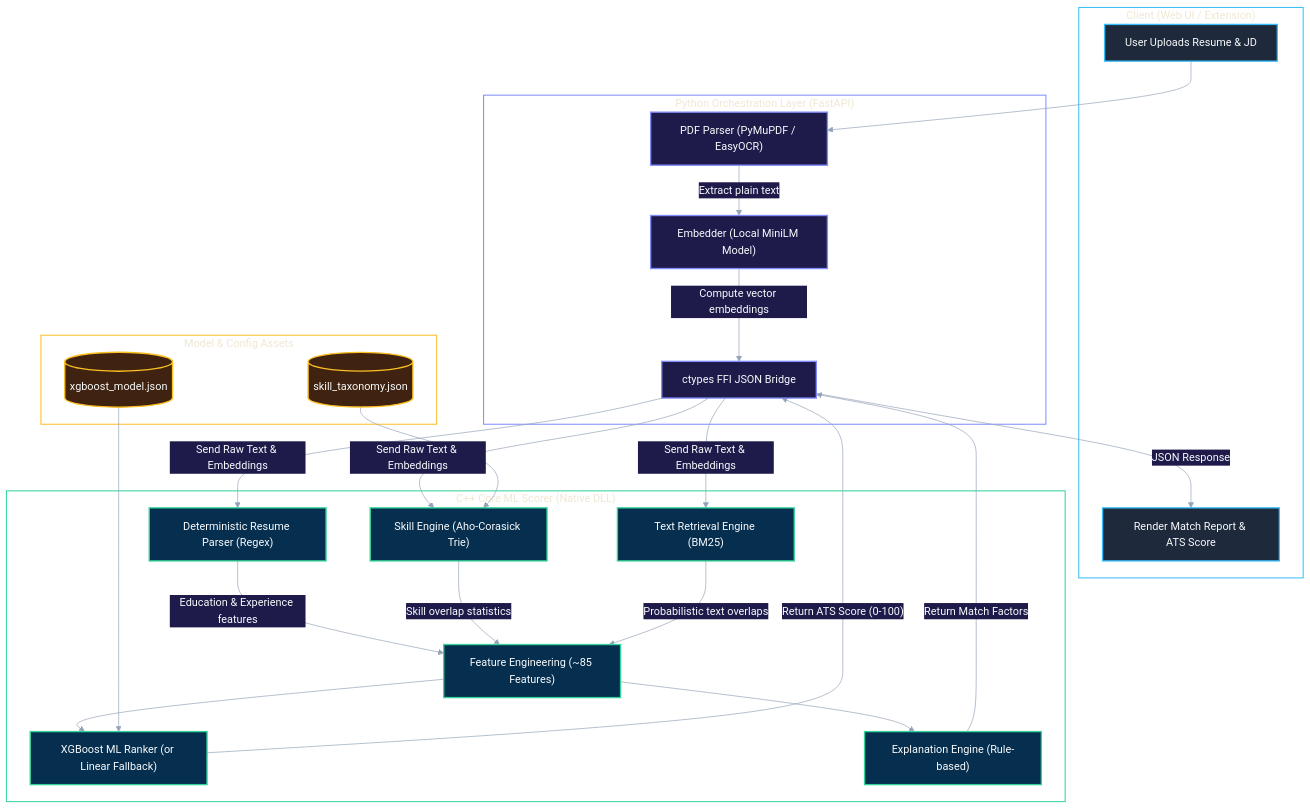
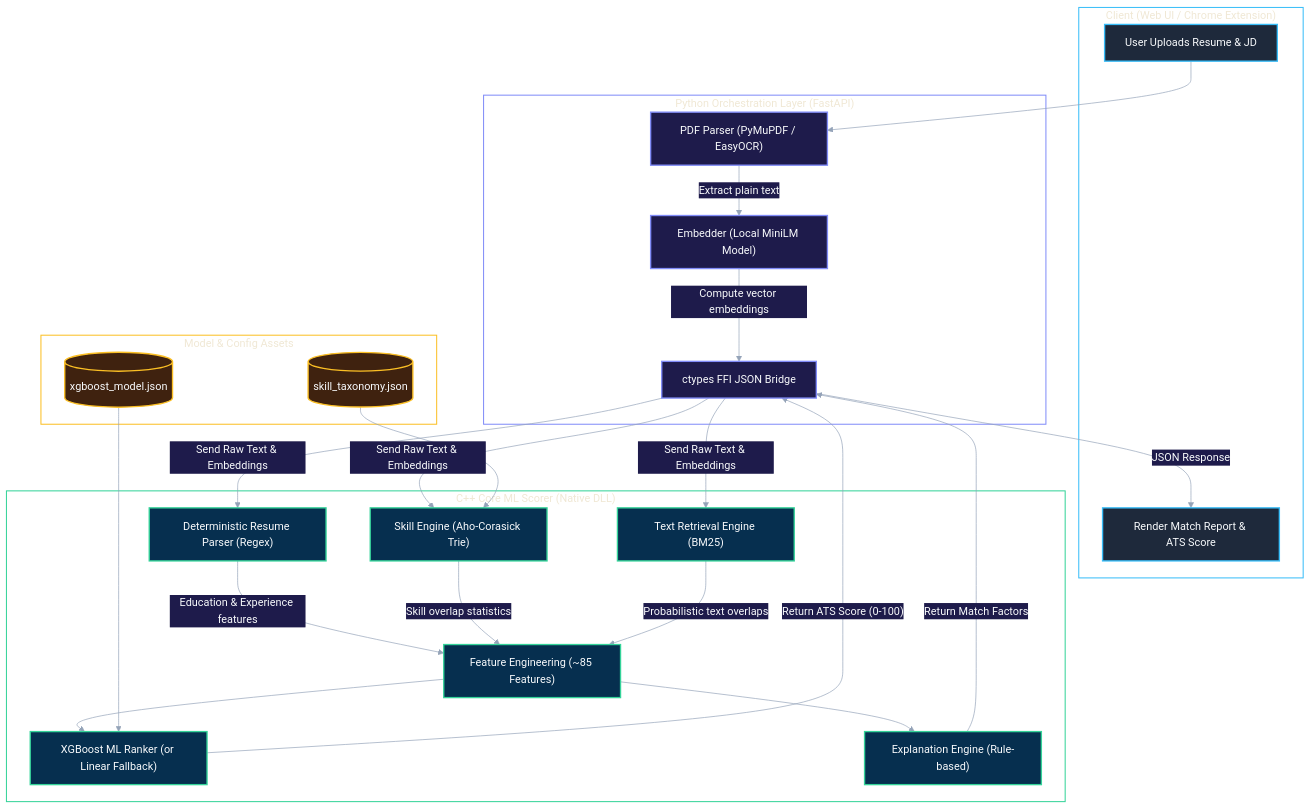
The first of 4 diagrams in README.md (AnshumanJ28/talentmatch-ai), drawn with Mermaid before and after one commit. The commit also changed other lines of this file, not shown here.

````diff
--- a/README.md
+++ b/README.md
@@ -47,77 +78,75 @@
 ```mermaid
 %%{init: {'theme': 'base', 'themeVariables': {
     'primaryColor': '#1e293b',
     'primaryTextColor': '#f8fafc',
     'primaryBorderColor': '#38bdf8',
     'lineColor': '#94a3b8',
     'secondaryColor': '#1e1b4b',
     'tertiaryColor': '#0f172a',
     'background': 'transparent',
     'mainBkg': '#1e293b',
     'clusterBkg': 'transparent',
     'clusterBorder': '#475569'
 }}}%%
 graph TD
-    %% Style Definitions
     classDef client fill:#1e293b,stroke:#38bdf8,stroke-width:2px,color:#f8fafc;
     classDef python fill:#1e1b4b,stroke:#818cf8,stroke-width:2px,color:#f8fafc;
     classDef cpp fill:#062f4f,stroke:#34d399,stroke-width:2px,color:#f8fafc;
     classDef data fill:#3f220f,stroke:#fbbf24,stroke-width:2px,color:#f8fafc;
 
-    subgraph Client ["Client (Web UI / Extension)"]
+    subgraph Client ["Client (Web UI / Chrome Extension)"]
         A["User Uploads Resume & JD"]:::client
         H["Render Match Report & ATS Score"]:::client
     end
 
     subgraph Python ["Python Orchestration Layer (FastAPI)"]
         B["PDF Parser (PyMuPDF / EasyOCR)"]:::python
         C["Embedder (Local MiniLM Model)"]:::python
         D["ctypes FFI JSON Bridge"]:::python
     end
 
     subgraph Cpp ["C++ Core ML Scorer (Native DLL)"]
         E1["Deterministic Resume Parser (Regex)"]:::cpp
         E2["Skill Engine (Aho-Corasick Trie)"]:::cpp
         E3["Text Retrieval Engine (BM25)"]:::cpp
 
         F["Feature Engineering (~85 Features)"]:::cpp
 
         G1["XGBoost ML Ranker (or Linear Fallback)"]:::cpp
         G2["Explanation Engine (Rule-based)"]:::cpp
     end
 
     subgraph ModelData ["Model & Config Assets"]
         M1[("xgboost_model.json")]:::data
         M2[("skill_taxonomy.json")]:::data
     end
 
-    %% Flow Paths
     A --> B
     B -->|"Extract plain text"| C
     C -->|"Compute vector embeddings"| D
 
     D -->|"Send Raw Text & Embeddings"| E1
     D -->|"Send Raw Text & Embeddings"| E2
     D -->|"Send Raw Text & Embeddings"| E3
 
     M2 --> E2
 
     E1 -->|"Education & Experience features"| F
     E2 -->|"Skill overlap statistics"| F
     E3 -->|"Probabilistic text overlaps"| F
 
     F --> G1
     F --> G2
 
     M1 --> G1
 
     G1 -->|"Return ATS Score (0-100)"| D
     G2 -->|"Return Match Factors"| D
 
     D -->|"JSON Response"| H
 
     style Client fill:transparent,stroke:#38bdf8,stroke-width:1.5px
     style Python fill:transparent,stroke:#818cf8,stroke-width:1.5px
     style Cpp fill:transparent,stroke:#34d399,stroke-width:1.5px
     style ModelData fill:transparent,stroke:#fbbf24,stroke-width:1.5px
 ```
````
